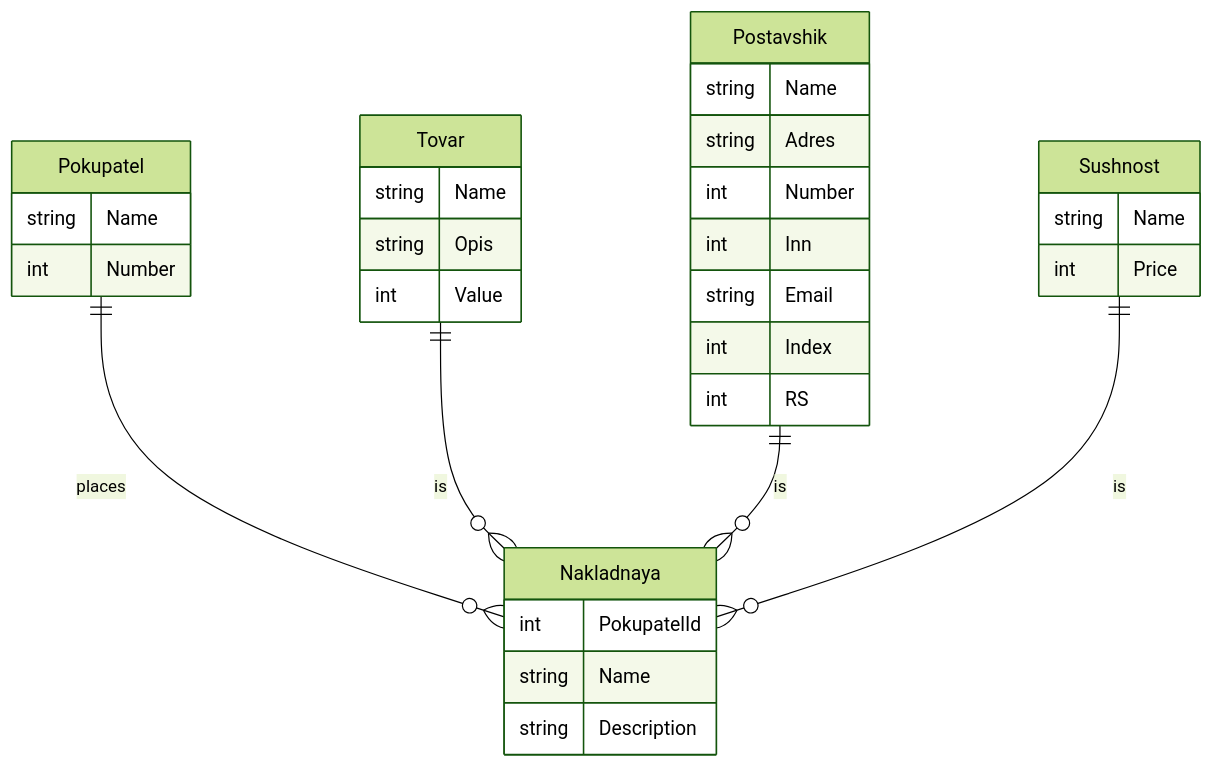
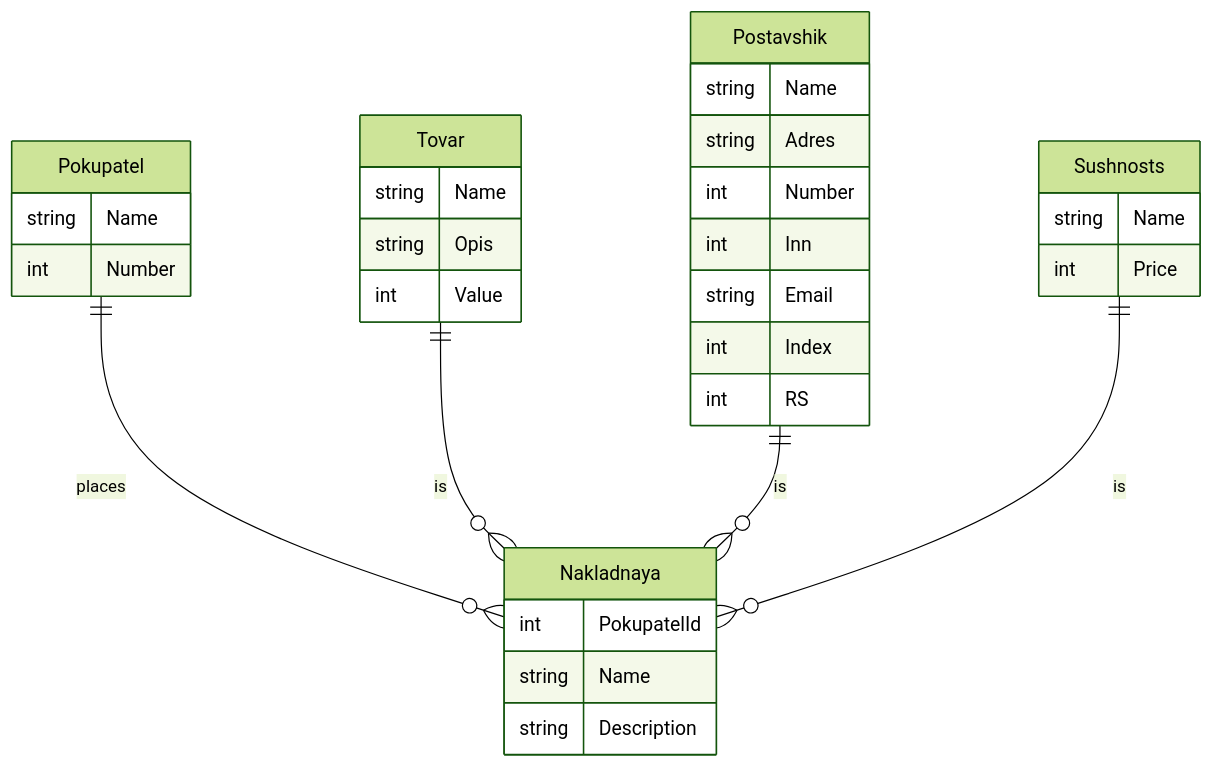
Before and after one commit to andreydddd/Konditer: the diagram in README.md, drawn with Mermaid (forest theme).

````diff
--- a/README.md
+++ b/README.md
@@ -9,35 +9,35 @@
 ```mermaid
 erDiagram
     Pokupatel ||--o{ Nakladnaya : places
     Pokupatel {
         string Name
         int Number
     }
   
     Nakladnaya {
         int PokupatelId
         string Name
         string Description
     }
   Tovar ||--o{ Nakladnaya: is
     Tovar {
         string Name
         string Opis
         int Value
     }
  Postavshik ||--o{ Nakladnaya: is
   Postavshik {
     string Name
     string Adres
     int Number
     int Inn
     string Email
     int Index
     int RS
    }
-Sushnost ||--o{ Nakladnaya: is
-Sushnost {
+Sushnosts ||--o{ Nakladnaya: is
+Sushnosts {
 string Name
 int Price
 }
 ```
````
